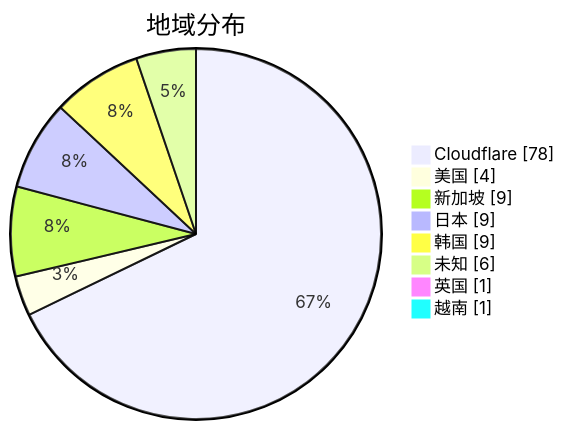
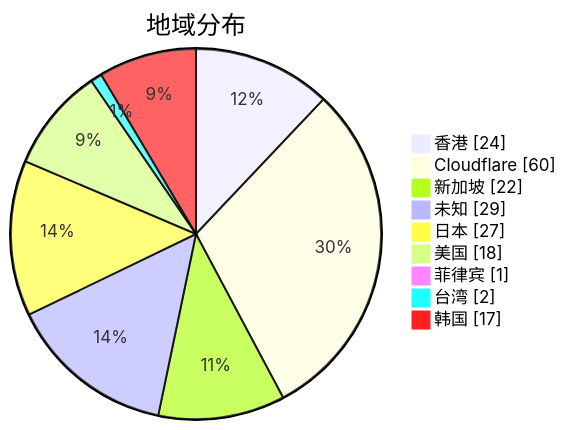
The second of 3 diagrams in subs/statistics/tested_within.md (qjlxg/airport), drawn with Mermaid before and after one commit. The commit also changed other lines of this file and 2 other files, not shown here.

````diff
--- a/subs/statistics/tested_within.md
+++ b/subs/statistics/tested_within.md
@@ -11,12 +12,13 @@
 ```mermaid
 pie showData
 title 地域分布
-"Cloudflare" : 78
-"美国" : 4
-"新加坡" : 9
-"日本" : 9
-"韩国" : 9
-"未知" : 6
-"英国" : 1
-"越南" : 1
+"香港" : 24
+"Cloudflare" : 60
+"新加坡" : 22
+"未知" : 29
+"日本" : 27
+"美国" : 18
+"菲律宾" : 1
+"台湾" : 2
+"韩国" : 17
 ```
````
